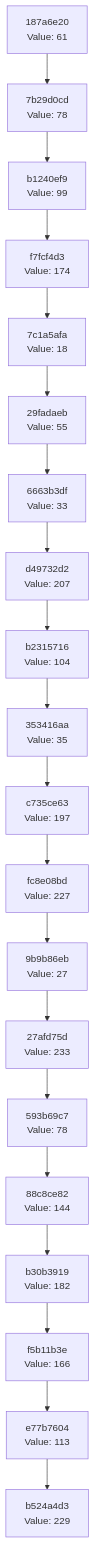
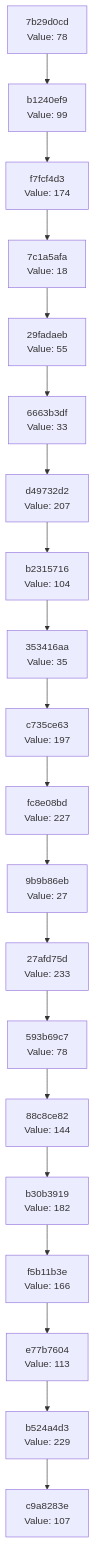
One commit to Abhisheksinha1506/hash-chain-evolver changed the diagram in docs/CHAIN_VISUALIZATION.md. Above: the diagram before and after it, drawn with Mermaid. The commit also changed 1 other file, not shown here.

Commit message:
Evolution Step

````diff
--- a/docs/CHAIN_VISUALIZATION.md
+++ b/docs/CHAIN_VISUALIZATION.md
@@ -3,42 +3,42 @@
 ```mermaid
 graph TD
-    C0["b524a4d3<br/>Value: 229"]
-    C1["e77b7604<br/>Value: 113"]
+    C0["c9a8283e<br/>Value: 107"]
+    C1["b524a4d3<br/>Value: 229"]
     C1 --> C0
-    C2["f5b11b3e<br/>Value: 166"]
+    C2["e77b7604<br/>Value: 113"]
     C2 --> C1
-    C3["b30b3919<br/>Value: 182"]
+    C3["f5b11b3e<br/>Value: 166"]
     C3 --> C2
-    C4["88c8ce82<br/>Value: 144"]
+    C4["b30b3919<br/>Value: 182"]
     C4 --> C3
-    C5["593b69c7<br/>Value: 78"]
+    C5["88c8ce82<br/>Value: 144"]
     C5 --> C4
-    C6["27afd75d<br/>Value: 233"]
+    C6["593b69c7<br/>Value: 78"]
     C6 --> C5
-    C7["9b9b86eb<br/>Value: 27"]
+    C7["27afd75d<br/>Value: 233"]
     C7 --> C6
-    C8["fc8e08bd<br/>Value: 227"]
+    C8["9b9b86eb<br/>Value: 27"]
     C8 --> C7
-    C9["c735ce63<br/>Value: 197"]
+    C9["fc8e08bd<br/>Value: 227"]
     C9 --> C8
-    C10["353416aa<br/>Value: 35"]
+    C10["c735ce63<br/>Value: 197"]
     C10 --> C9
-    C11["b2315716<br/>Value: 104"]
+    C11["353416aa<br/>Value: 35"]
     C11 --> C10
-    C12["d49732d2<br/>Value: 207"]
+    C12["b2315716<br/>Value: 104"]
     C12 --> C11
-    C13["6663b3df<br/>Value: 33"]
+    C13["d49732d2<br/>Value: 207"]
     C13 --> C12
-    C14["29fadaeb<br/>Value: 55"]
+    C14["6663b3df<br/>Value: 33"]
     C14 --> C13
-    C15["7c1a5afa<br/>Value: 18"]
+    C15["29fadaeb<br/>Value: 55"]
     C15 --> C14
-    C16["f7fcf4d3<br/>Value: 174"]
+    C16["7c1a5afa<br/>Value: 18"]
     C16 --> C15
-    C17["b1240ef9<br/>Value: 99"]
+    C17["f7fcf4d3<br/>Value: 174"]
     C17 --> C16
-    C18["7b29d0cd<br/>Value: 78"]
+    C18["b1240ef9<br/>Value: 99"]
     C18 --> C17
-    C19["187a6e20<br/>Value: 61"]
+    C19["7b29d0cd<br/>Value: 78"]
     C19 --> C18
 ```
````
